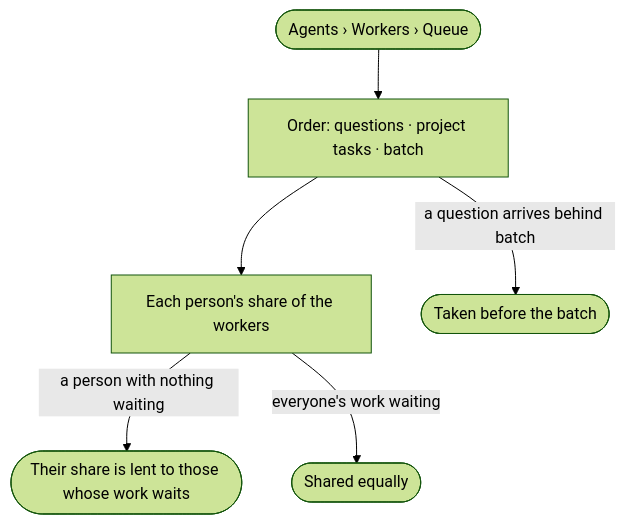
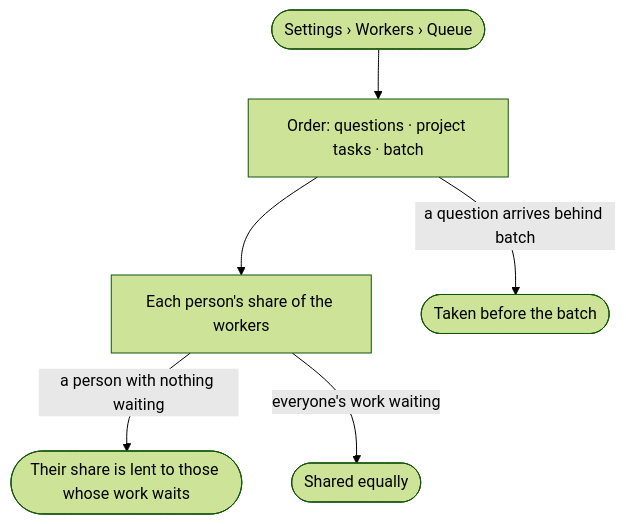
One commit to invana/invana changed the diagram in specs/os/control/features/CP-F03-workers-and-the-queue/stories/CP-06-questions-go-before-batch-work/story.md. Above: the diagram before and after it, drawn with Mermaid (forest theme). The commit also changed other lines of this file and 43 other files, not shown here.

First line of the commit message:
docs(specs): Agents mode keeps work; Plugins, Fleet, Workers move to Settings

````diff
--- a/specs/os/control/features/CP-F03-workers-and-the-queue/stories/CP-06-questions-go-before-batch-work/story.md
+++ b/specs/os/control/features/CP-F03-workers-and-the-queue/stories/CP-06-questions-go-before-batch-work/story.md
@@ -26,8 +26,8 @@
 ```mermaid
 flowchart TD
-  s([Agents › Workers › Queue]) --> o["Order: questions · project tasks · batch"]
+  s([Settings › Workers › Queue]) --> o["Order: questions · project tasks · batch"]
   o --> g["Each person's share of the workers"]
   g -->|a person with nothing waiting| lend(["Their share is lent to those whose work waits"])
   g -->|everyone's work waiting| eq(["Shared equally"])
   o -->|a question arrives behind batch| first(["Taken before the batch"])
 ```
````
